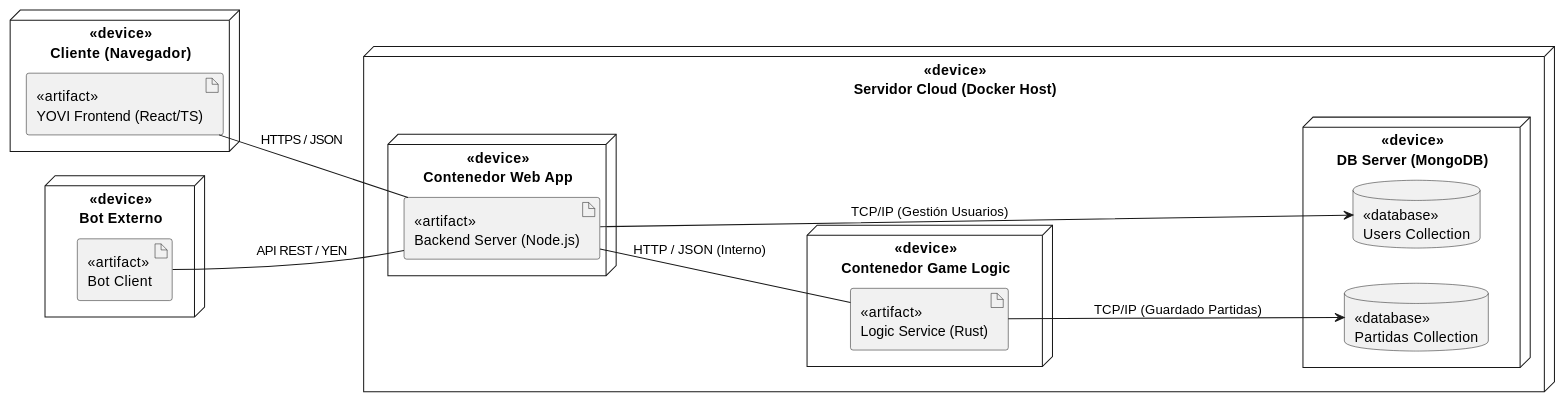
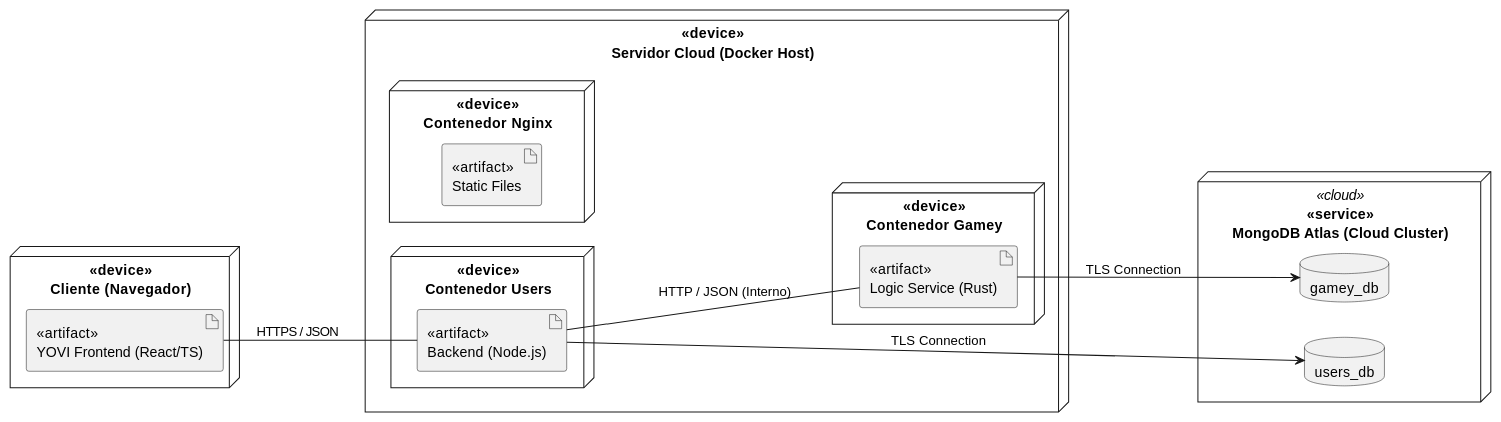
One commit to Arquisoft/yovi_es1b changed the first of 4 diagrams in docs/src/07_deployment_view.adoc. Above: the diagram before and after it, drawn with PlantUML. The commit also changed other lines of this file and 4 other files, not shown here.

```diff
--- a/docs/src/07_deployment_view.adoc
+++ b/docs/src/07_deployment_view.adoc
@@ -66,38 +13,33 @@
 [plantuml, deployment-diagram, png]
 ----
 @startuml
 skinparam actorStyle awesome
 left to right direction
 
 node "<<device>>\nCliente (Navegador)" as pc {
     artifact "<<artifact>>\nYOVI Frontend (React/TS)" as frontend
 }
 
-node "<<device>>\nBot Externo" as bot_node {
-    artifact "<<artifact>>\nBot Client" as bot_app
-}
-
 node "<<device>>\nServidor Cloud (Docker Host)" as cloud {
-    
-    node "<<device>>\nContenedor Web App" as docker_node {
-        artifact "<<artifact>>\nBackend Server (Node.js)" as node_app
+    node "<<device>>\nContenedor Nginx" as nginx {
+        artifact "<<artifact>>\nStatic Files"
     }
-    
-    node "<<device>>\nContenedor Game Logic" as docker_rust {
+    node "<<device>>\nContenedor Users" as docker_node {
+        artifact "<<artifact>>\nBackend (Node.js)" as node_app
+    }
+    node "<<device>>\nContenedor Gamey" as docker_rust {
         artifact "<<artifact>>\nLogic Service (Rust)" as rust_app
-    }
-    
-    node "<<device>>\nDB Server (MongoDB)" as db_node {
-        database "<<database>>\nUsers Collection" as db_users
-        database "<<database>>\nPartidas Collection" as db_games
     }
 }
 
-' Relaciones de comunicación
+node "<<service>>\nMongoDB Atlas (Cloud Cluster)" as atlas <<cloud>> {
+    database "users_db" as db_users
+    database "gamey_db" as db_games
+}
+
 frontend -- node_app : HTTPS / JSON
-bot_app -- node_app : API REST / YEN
 node_app -- rust_app : HTTP / JSON (Interno)
-node_app --> db_users : TCP/IP (Gestión Usuarios)
-rust_app --> db_games : TCP/IP (Guardado Partidas)
+node_app --> db_users : TLS Connection
+rust_app --> db_games : TLS Connection
 @enduml
 ----
```
